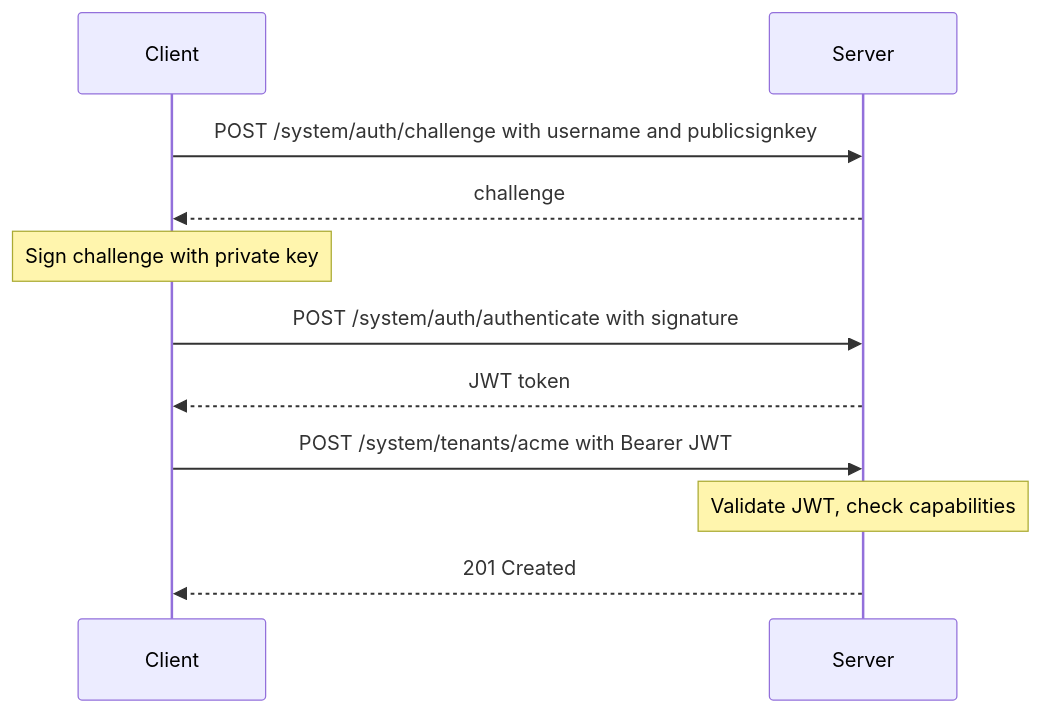
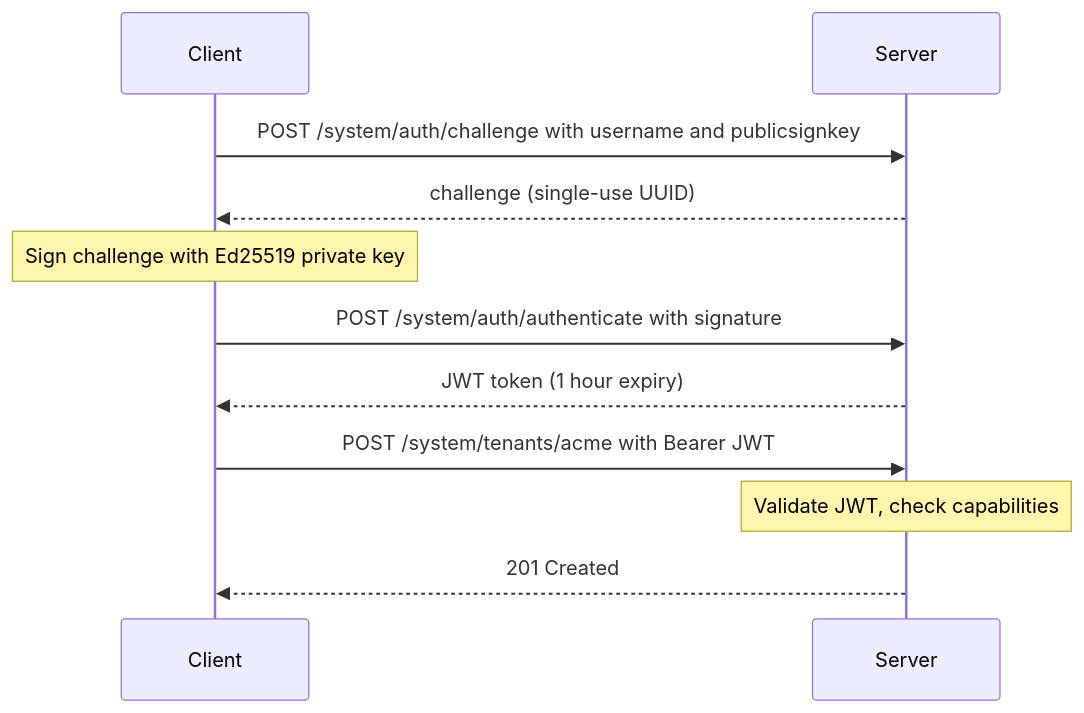
The diagram in docs/server-security.md (klehmann/MindooDB), drawn with Mermaid before and after one commit. The commit also changed other lines of this file and 13 other files, not shown here.

````diff
--- a/docs/server-security.md
+++ b/docs/server-security.md
@@ -159,17 +133,17 @@
 ```mermaid
 sequenceDiagram
     participant C as Client
     participant S as Server
 
     C->>S: POST /system/auth/challenge with username and publicsignkey
-    S-->>C: challenge
+    S-->>C: challenge (single-use UUID)
 
-    Note over C: Sign challenge with private key
+    Note over C: Sign challenge with Ed25519 private key
 
     C->>S: POST /system/auth/authenticate with signature
-    S-->>C: JWT token
+    S-->>C: JWT token (1 hour expiry)
 
     C->>S: POST /system/tenants/acme with Bearer JWT
     Note over S: Validate JWT, check capabilities
     S-->>C: 201 Created
 ```
````
